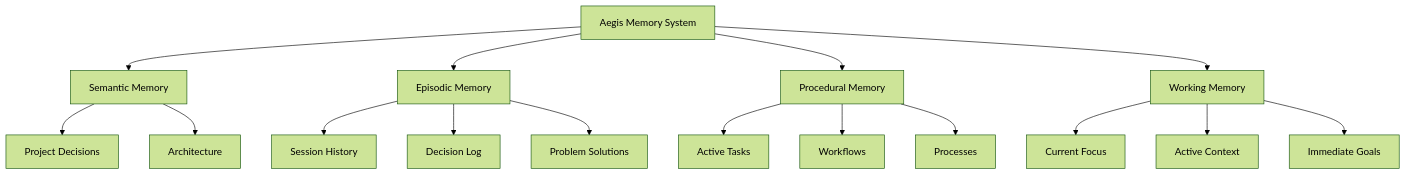
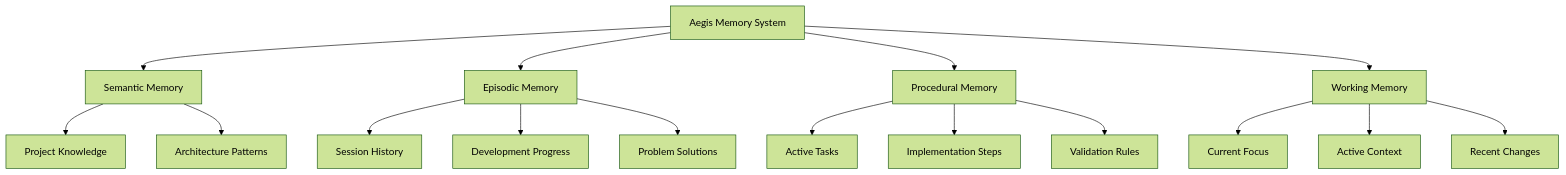
The first of 2 diagrams in docs/memory_system.md (FixingPixels/Aegis), drawn with Mermaid (forest theme) before and after one commit. The commit also changed other lines of this file and 19 other files, not shown here.

````diff
--- a/docs/memory_system.md
+++ b/docs/memory_system.md
@@ -16,22 +16,22 @@
 ```mermaid
 graph TD
     A[Aegis Memory System] --> B[Semantic Memory]
     A --> C[Episodic Memory]
     A --> D[Procedural Memory]
     A --> E[Working Memory]
 
-    B --> B1[Project Decisions]
-    B --> B2[Architecture]
+    B --> B1[Project Knowledge]
+    B --> B2[Architecture Patterns]
 
     C --> C1[Session History]
-    C --> C2[Decision Log]
+    C --> C2[Development Progress]
     C --> C3[Problem Solutions]
 
     D --> D1[Active Tasks]
-    D --> D2[Workflows]
-    D --> D3[Processes]
+    D --> D2[Implementation Steps]
+    D --> D3[Validation Rules]
 
     E --> E1[Current Focus]
     E --> E2[Active Context]
-    E --> E3[Immediate Goals]
+    E --> E3[Recent Changes]
 ```
````
